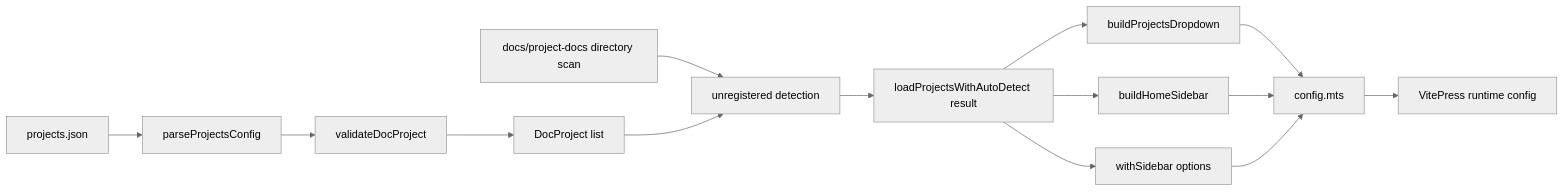
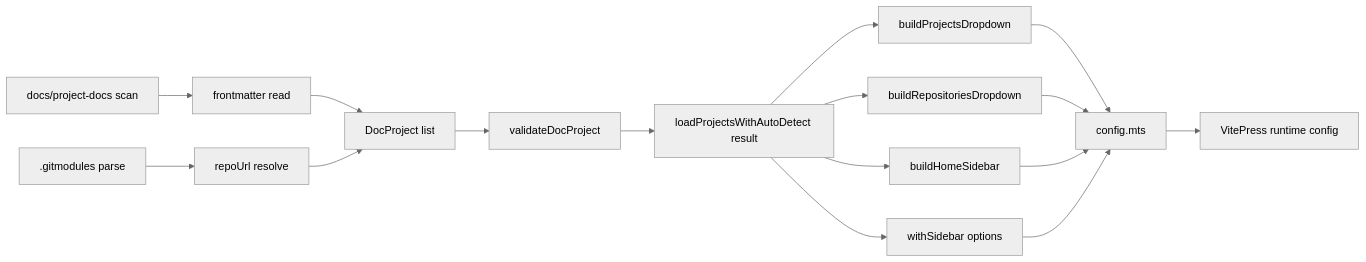
Before and after one commit to SoggyKakip/vitepress-docs-hub: the diagram in ARCHITECTURE.md, drawn with Mermaid (neutral theme). The commit also changed other lines of this file and 8 other files, not shown here.

Commit message:
feat(docs-hub): enable auto project discovery and repo links

````diff
--- a/ARCHITECTURE.md
+++ b/ARCHITECTURE.md
@@ -67,16 +64,18 @@
 ```mermaid
 flowchart LR
-  A[projects.json] --> B[parseProjectsConfig]
-  B --> C[validateDocProject]
-  C --> D[DocProject list]
-  E[docs/project-docs directory scan] --> F[unregistered detection]
-  D --> F
+  A[docs/project-docs scan] --> B[frontmatter read]
+  C[.gitmodules parse] --> D[repoUrl resolve]
+  B --> E[DocProject list]
+  D --> E
+  E --> F[validateDocProject]
   F --> G[loadProjectsWithAutoDetect result]
   G --> H[buildProjectsDropdown]
+  G --> H2[buildRepositoriesDropdown]
   G --> I[buildHomeSidebar]
   G --> J[withSidebar options]
   H --> K[config.mts]
+  H2 --> K
   I --> K
   J --> K
   K --> L[VitePress runtime config]
 ```
````
